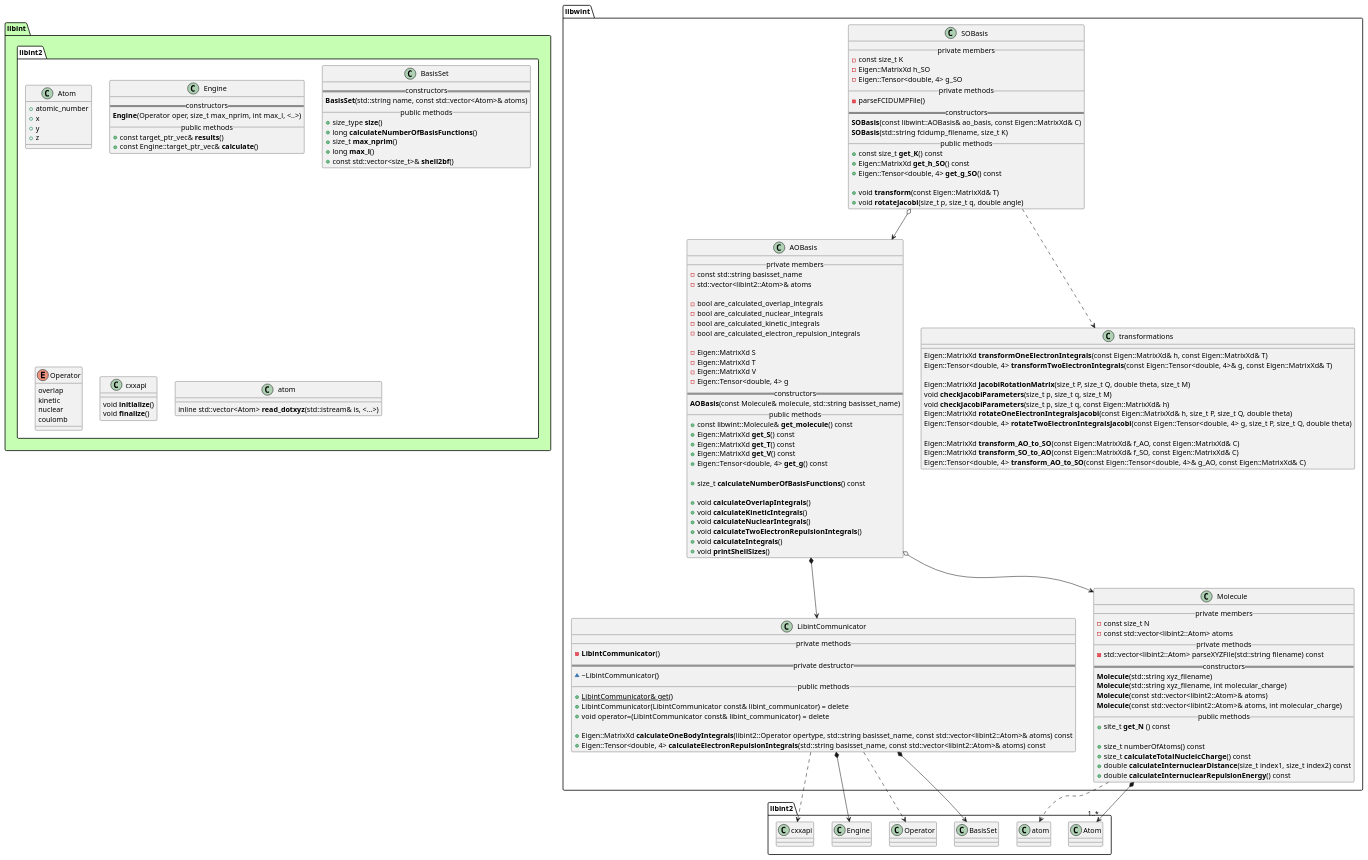
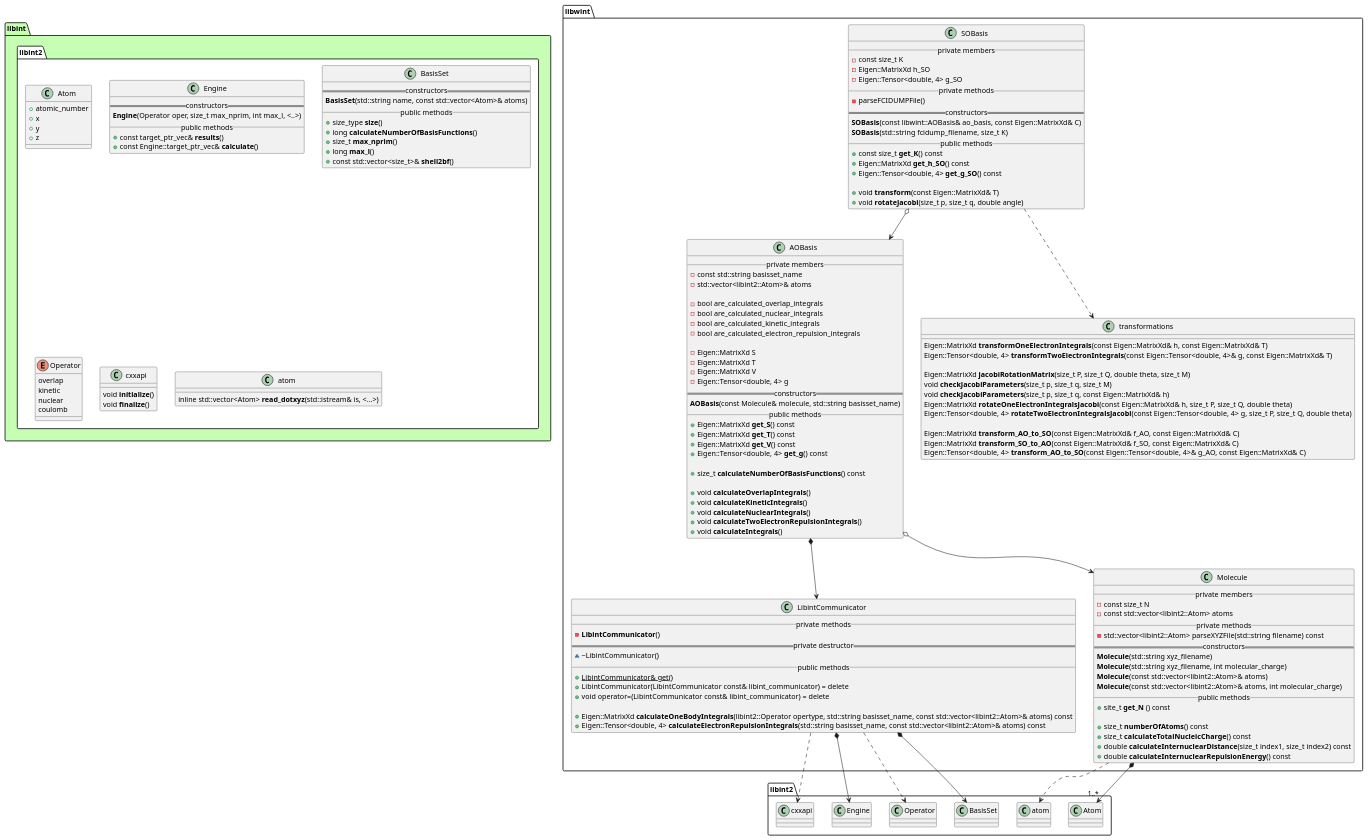
One commit to tmhuysen/libwint changed the diagram in docs/libwint.puml. Above: the diagram before and after it, drawn with PlantUML. The commit also changed 1 other file, not shown here.

Commit message:
Update UML diagram after refactoring hf.

```diff
--- a/docs/libwint.puml
+++ b/docs/libwint.puml
@@ -1,181 +1,179 @@
 @startuml
 
 
 
 package libint #c6ffb3 {
     namespace libint2 #ffffff {
         class Atom {
             + atomic_number
             + x
             + y
             + z
         }
 
         class Engine {
             == constructors ==
                 **Engine**(Operator oper, size_t max_nprim, int max_l, <..>)
             __ public methods __
                 + const target_ptr_vec& **results**()
                 + const Engine::target_ptr_vec& **calculate**()
         }
 
         class BasisSet {
             == constructors ==
                 **BasisSet**(std::string name, const std::vector<Atom>& atoms)
             __ public methods __
                 + size_type **size**()
                 + long **calculateNumberOfBasisFunctions**()
                 + size_t **max_nprim**()
                 + long **max_l**()
                 + const std::vector<size_t>& **shell2bf**()
         }
 
         enum Operator {
             overlap
             kinetic
             nuclear
             coulomb
         }
 
         class cxxapi {
                 void **initialize**()
                 void **finalize**()
         }
 
         class atom {
             inline std::vector<Atom> **read_dotxyz**(std::istream& is, <...>)
         }
     }
 }
 
 
 
 
 namespace libwint {
 
     class AOBasis {
         __ private members __
             - const std::string basisset_name
             - std::vector<libint2::Atom>& atoms
 
             - bool are_calculated_overlap_integrals
             - bool are_calculated_nuclear_integrals
             - bool are_calculated_kinetic_integrals
             - bool are_calculated_electron_repulsion_integrals
 
             - Eigen::MatrixXd S
             - Eigen::MatrixXd T
             - Eigen::MatrixXd V
             - Eigen::Tensor<double, 4> g
         == constructors ==
             **AOBasis**(const Molecule& molecule, std::string basisset_name)
         __ public methods __
-            + const libwint::Molecule& **get_molecule**() const
             + Eigen::MatrixXd **get_S**() const
             + Eigen::MatrixXd **get_T**() const
             + Eigen::MatrixXd **get_V**() const
             + Eigen::Tensor<double, 4> **get_g**() const
 
             + size_t **calculateNumberOfBasisFunctions**() const
 
             + void **calculateOverlapIntegrals**()
             + void **calculateKineticIntegrals**()
             + void **calculateNuclearIntegrals**()
             + void **calculateTwoElectronRepulsionIntegrals**()
             + void **calculateIntegrals**()
-            + void **printShellSizes**()
     }
 
 
     class SOBasis {
         __ private members __
             - const size_t K
             - Eigen::MatrixXd h_SO
             - Eigen::Tensor<double, 4> g_SO
         __ private methods __
             - parseFCIDUMPFile()
         == constructors ==
             **SOBasis**(const libwint::AOBasis& ao_basis, const Eigen::MatrixXd& C)
             **SOBasis**(std::string fcidump_filename, size_t K)
         __ public methods __
             + const size_t **get_K**() const
             + Eigen::MatrixXd **get_h_SO**() const
             + Eigen::Tensor<double, 4> **get_g_SO**() const
 
             + void **transform**(const Eigen::MatrixXd& T)
             + void **rotateJacobi**(size_t p, size_t q, double angle)
     }
 
 
     class transformations {
             Eigen::MatrixXd **transformOneElectronIntegrals**(const Eigen::MatrixXd& h, const Eigen::MatrixXd& T)
             Eigen::Tensor<double, 4> **transformTwoElectronIntegrals**(const Eigen::Tensor<double, 4>& g, const Eigen::MatrixXd& T)
 
             Eigen::MatrixXd **jacobiRotationMatrix**(size_t P, size_t Q, double theta, size_t M)
             void **checkJacobiParameters**(size_t p, size_t q, size_t M)
             void **checkJacobiParameters**(size_t p, size_t q, const Eigen::MatrixXd& h)
             Eigen::MatrixXd **rotateOneElectronIntegralsJacobi**(const Eigen::MatrixXd& h, size_t P, size_t Q, double theta)
             Eigen::Tensor<double, 4> **rotateTwoElectronIntegralsJacobi**(const Eigen::Tensor<double, 4> g, size_t P, size_t Q, double theta)
 
             Eigen::MatrixXd **transform_AO_to_SO**(const Eigen::MatrixXd& f_AO, const Eigen::MatrixXd& C)
             Eigen::MatrixXd **transform_SO_to_AO**(const Eigen::MatrixXd& f_SO, const Eigen::MatrixXd& C)
             Eigen::Tensor<double, 4> **transform_AO_to_SO**(const Eigen::Tensor<double, 4>& g_AO, const Eigen::MatrixXd& C)
 
     }
 
 
     class LibintCommunicator {
         __ private methods __
             - **LibintCommunicator**()
         == private destructor ==
             ~ ~LibintCommunicator()
         __ public methods __
             + {static} LibintCommunicator& get()
             + LibintCommunicator(LibintCommunicator const& libint_communicator) = delete
             + void operator=(LibintCommunicator const& libint_communicator) = delete
 
             + Eigen::MatrixXd **calculateOneBodyIntegrals**(libint2::Operator opertype, std::string basisset_name, const std::vector<libint2::Atom>& atoms) const
             + Eigen::Tensor<double, 4> **calculateElectronRepulsionIntegrals**(std::string basisset_name, const std::vector<libint2::Atom>& atoms) const
     }
 
 
     class Molecule {
         __ private members __
             - const size_t N
             - const std::vector<libint2::Atom> atoms
         __ private methods __
             - std::vector<libint2::Atom> parseXYZFile(std::string filename) const
         == constructors ==
             **Molecule**(std::string xyz_filename)
             **Molecule**(std::string xyz_filename, int molecular_charge)
             **Molecule**(const std::vector<libint2::Atom>& atoms)
             **Molecule**(const std::vector<libint2::Atom>& atoms, int molecular_charge)
         __ public methods __
             + site_t **get_N** () const
 
-            + size_t numberOfAtoms() const
+            + size_t **numberOfAtoms**() const
             + size_t **calculateTotalNucleicCharge**() const
             + double **calculateInternuclearDistance**(size_t index1, size_t index2) const
             + double **calculateInternuclearRepulsionEnergy**() const
     }
 
 }
 
 
 
 libwint.AOBasis o--> libwint.Molecule
 libwint.AOBasis *--> libwint.LibintCommunicator
 
 libwint.LibintCommunicator *--> libint2.BasisSet
 libwint.LibintCommunicator ..> libint2.Operator
 libwint.LibintCommunicator *--> libint2.Engine
 libwint.LibintCommunicator ..> libint2.cxxapi
 
 libwint.Molecule *--> "1..*" libint2.Atom
 libwint.Molecule ..> libint2.atom
 
 libwint.SOBasis ..> libwint.transformations
 libwint.SOBasis o--> libwint.AOBasis
 
 
 @enduml
```
